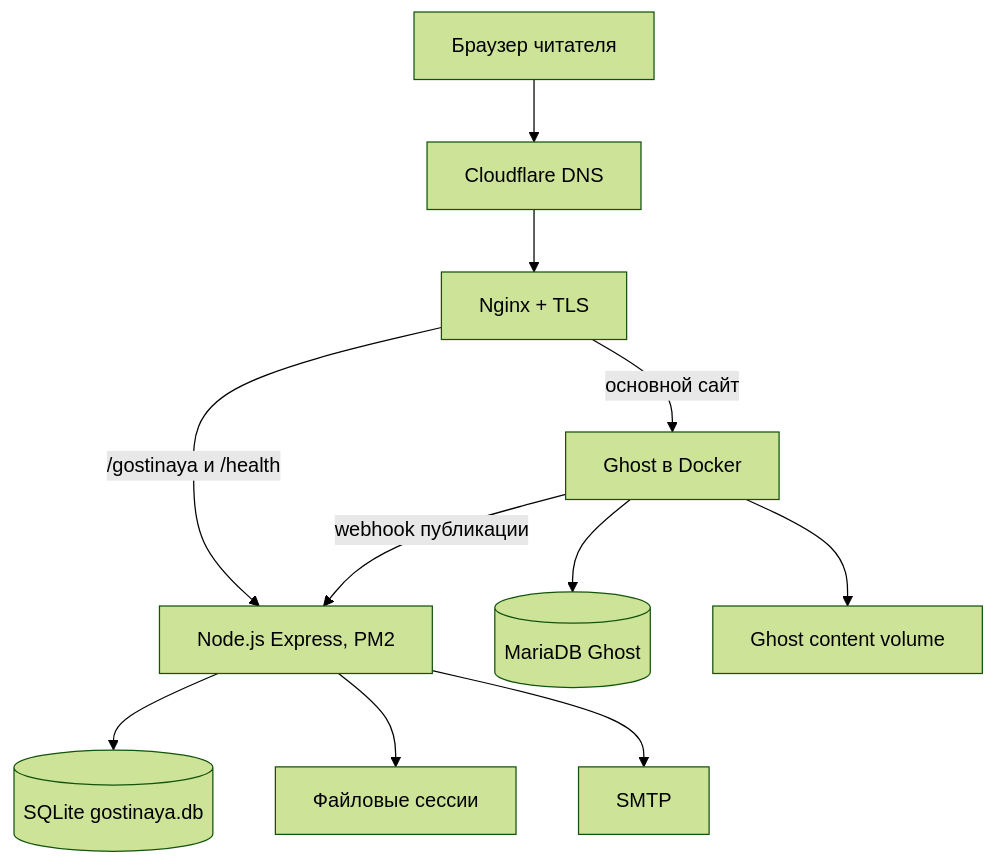
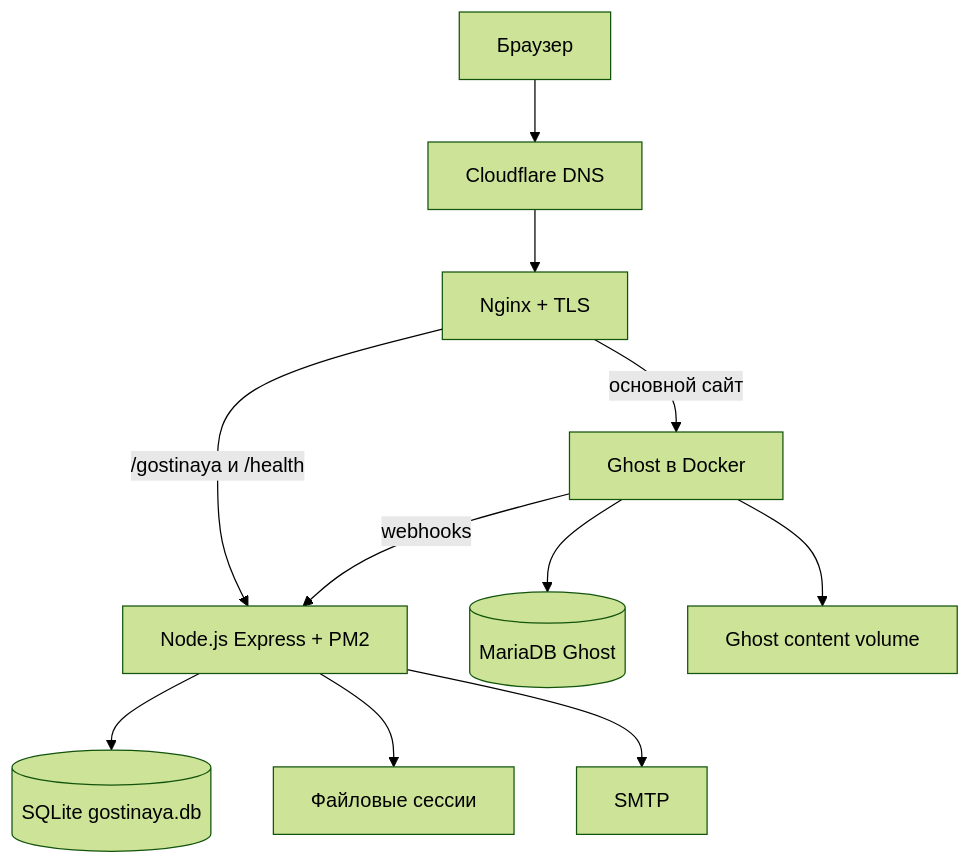
Before and after one commit to zero0661/gostinaya: the diagram in docs/TECHNICAL-PASSPORT.md, drawn with Mermaid (forest theme). The commit also changed other lines of this file, not shown here.

````diff
--- a/docs/TECHNICAL-PASSPORT.md
+++ b/docs/TECHNICAL-PASSPORT.md
@@ -83,13 +86,13 @@
 ```mermaid
 flowchart TD
-    U[Браузер читателя] --> C[Cloudflare DNS]
+    U[Браузер] --> C[Cloudflare DNS]
     C --> N[Nginx + TLS]
     N -->|основной сайт| G[Ghost в Docker]
-    N -->|/gostinaya и /health| L[Node.js Express, PM2]
+    N -->|/gostinaya и /health| L[Node.js Express + PM2]
     G --> M[(MariaDB Ghost)]
     G --> V[Ghost content volume]
-    G -->|webhook публикации| L
+    G -->|webhooks| L
     L --> S[(SQLite gostinaya.db)]
     L --> F[Файловые сессии]
     L --> P[SMTP]
 ```
````
